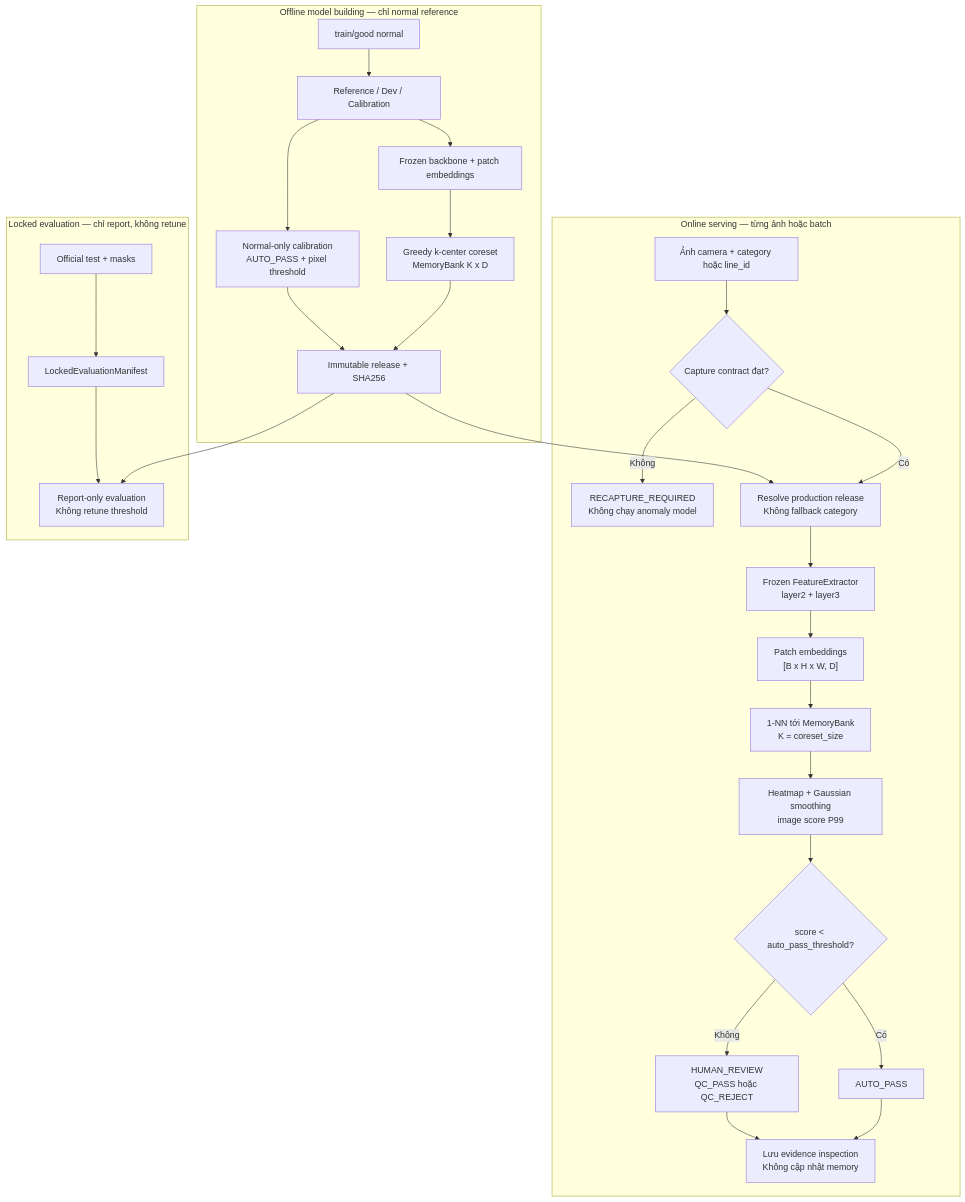
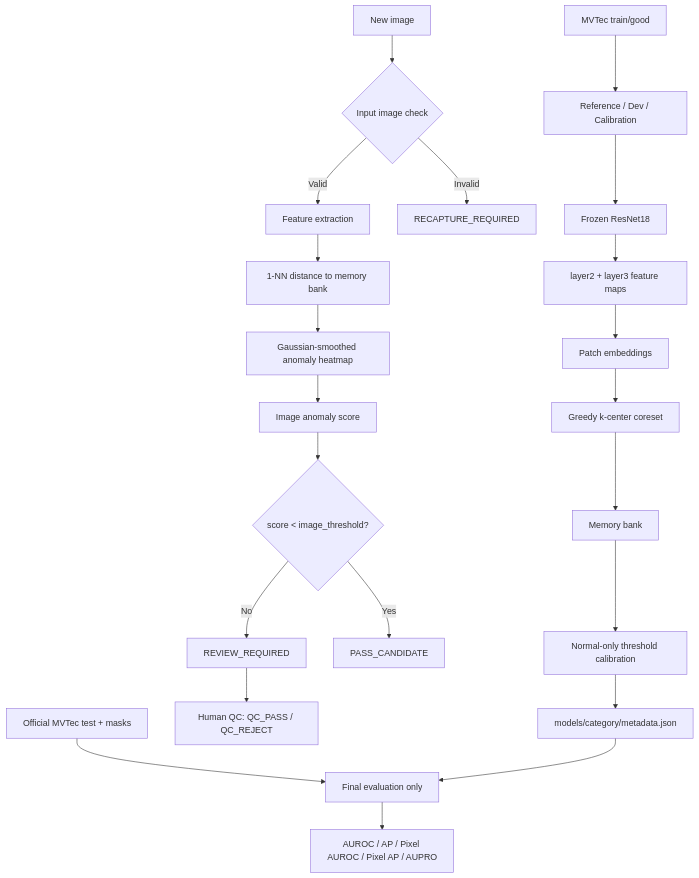
One commit to haminhthong/MVTec-Anomaly-Detection changed the diagram in README.md. Above: the diagram before and after it, drawn with Mermaid. The commit also changed other lines of this file and 58 other files, not shown here.

````diff
--- a/README.md
+++ b/README.md
@@ -44,34 +28,26 @@
 ```mermaid
 flowchart TD
-    subgraph BUILD["Offline model building — chỉ normal reference"]
-        M["train/good normal"] --> N["Reference / Dev / Calibration"]
-        N --> O["Frozen backbone + patch embeddings"]
-        O --> P["Greedy k-center coreset\nMemoryBank K x D"]
-        N --> Q["Normal-only calibration\nAUTO_PASS + pixel threshold"]
-        P --> R["Immutable release + SHA256"]
-        Q --> R
-    end
+    A["MVTec train/good"] --> B["Reference / Dev / Calibration"]
+    B --> C["Frozen ResNet18"]
+    C --> D["layer2 + layer3 feature maps"]
+    D --> E["Patch embeddings"]
+    E --> F["Greedy k-center coreset"]
+    F --> G["Memory bank"]
+    G --> H["Normal-only threshold calibration"]
+    H --> I["models/category/metadata.json"]
 
-    subgraph SERVE["Online serving — từng ảnh hoặc batch"]
-        A["Ảnh camera + category hoặc line_id"] --> B{"Capture contract đạt?"}
-        B -- "Không" --> C["RECAPTURE_REQUIRED\nKhông chạy anomaly model"]
-        B -- "Có" --> D["Resolve production release\nKhông fallback category"]
-        D --> E["Frozen FeatureExtractor\nlayer2 + layer3"]
-        E --> F["Patch embeddings\n[B x H x W, D]"]
-        F --> G["1-NN tới MemoryBank\nK = coreset_size"]
-        G --> H["Heatmap + Gaussian smoothing\nimage score P99"]
-        H --> I{"score < auto_pass_threshold?"}
-        I -- "Có" --> J["AUTO_PASS"]
-        I -- "Không" --> K["HUMAN_REVIEW\nQC_PASS hoặc QC_REJECT"]
-        J --> L["Lưu evidence inspection\nKhông cập nhật memory"]
-        K --> L
-    end
+    J["New image"] --> K{"Input image check"}
+    K -- "Invalid" --> L["RECAPTURE_REQUIRED"]
+    K -- "Valid" --> M["Feature extraction"]
+    M --> N["1-NN distance to memory bank"]
+    N --> O["Gaussian-smoothed anomaly heatmap"]
+    O --> P["Image anomaly score"]
+    P --> Q{"score < image_threshold?"}
+    Q -- "Yes" --> R["PASS_CANDIDATE"]
+    Q -- "No" --> S["REVIEW_REQUIRED"]
+    S --> T["Human QC: QC_PASS / QC_REJECT"]
 
-    subgraph EVAL["Locked evaluation — chỉ report, không retune"]
-        T["Official test + masks"] --> U["LockedEvaluationManifest"]
-        R --> V["Report-only evaluation\nKhông retune threshold"]
-        U --> V
-    end
-
-    R --> D
+    U["Official MVTec test + masks"] --> V["Final evaluation only"]
+    I --> V
+    V --> W["AUROC / AP / Pixel AUROC / Pixel AP / AUPRO"]
 ```
````
